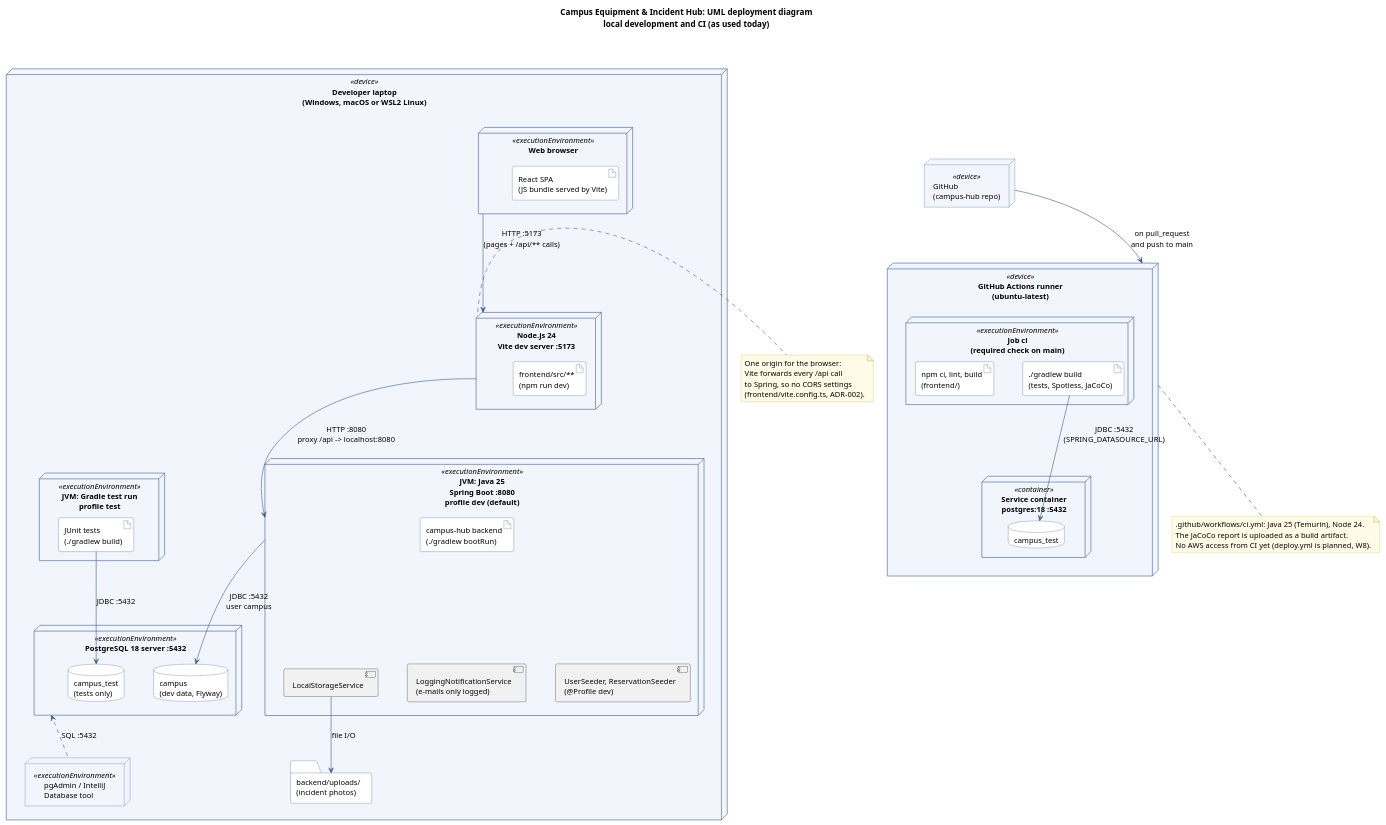
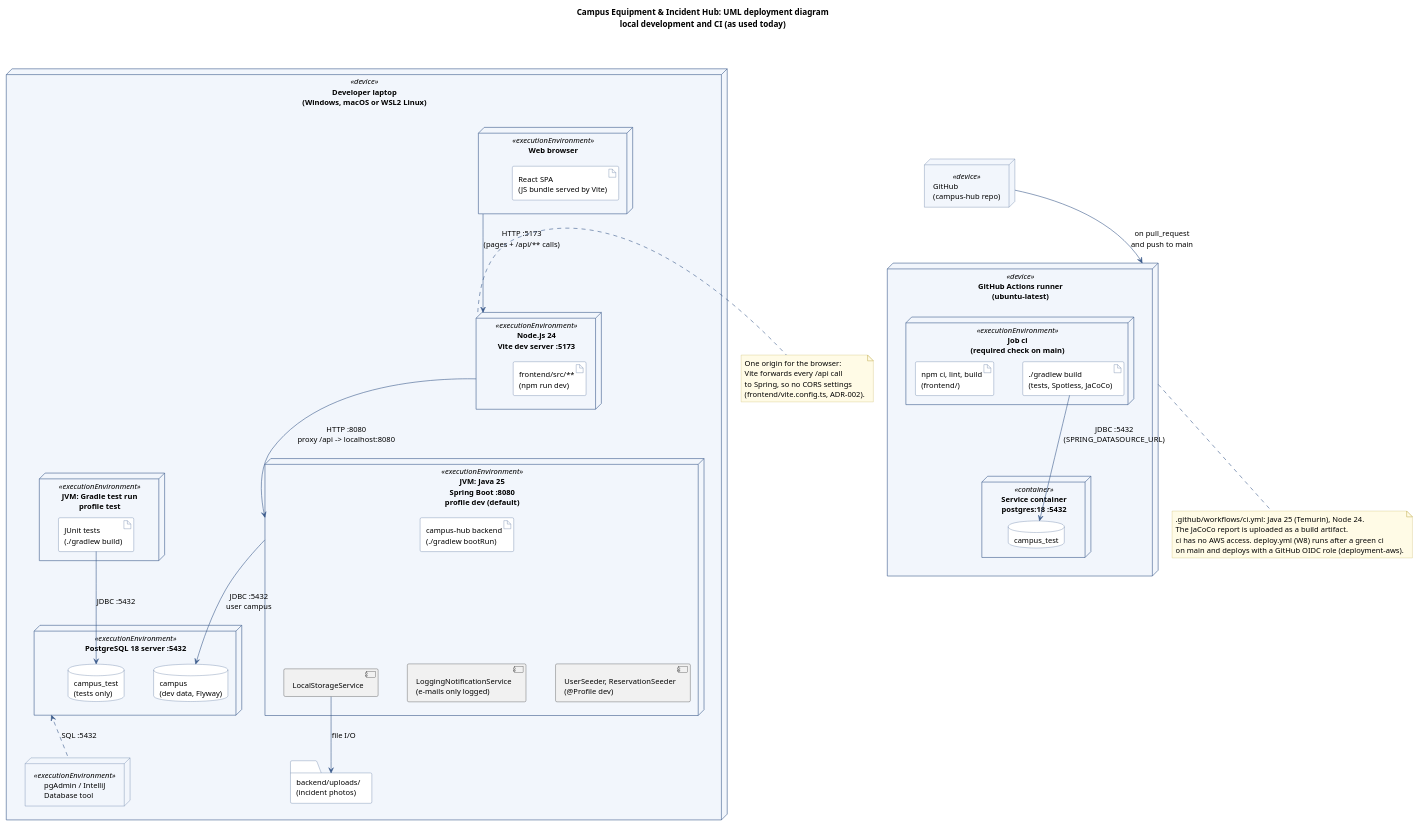
Before and after one commit to FundamenteleInginerieiSoftware/campus-hub: the diagram in docs/diagrams/deployment-local.puml, drawn with PlantUML. The commit also changed 11 other files, not shown here.

First line of the commit message:
infra(aws): add deploy.yml with GitHub OIDC role for ECR push and SSM deploy (#320)

```diff
--- a/docs/diagrams/deployment-local.puml
+++ b/docs/diagrams/deployment-local.puml
@@ -1,107 +1,108 @@
 @startuml deployment-local
 ' UML deployment diagram: how the app runs on a developer laptop and in CI.
 ' Sources: frontend/vite.config.ts, backend/src/main/resources/application*.yml,
 ' backend/src/test/resources/application-test.yml, .github/workflows/ci.yml, README §1.
 ' Render from the repo root: java -jar plantuml.jar -tpng docs/diagrams/deployment-local.puml
 
 title Campus Equipment & Incident Hub: UML deployment diagram\nlocal development and CI (as used today)
 
 skinparam shadowing false
 skinparam defaultFontName Helvetica
 skinparam defaultFontSize 13
 skinparam nodesep 50
 skinparam ranksep 60
 skinparam ArrowColor #3B5B8C
 skinparam node {
   BackgroundColor #F2F6FC
   BorderColor #3B5B8C
 }
 skinparam artifact {
   BackgroundColor #FFFFFF
   BorderColor #3B5B8C
 }
 skinparam database {
   BackgroundColor #FFFFFF
   BorderColor #3B5B8C
 }
 skinparam folder {
   BackgroundColor #FFFFFF
   BorderColor #3B5B8C
 }
 skinparam note {
   BackgroundColor #FFFBE6
   BorderColor #C8B560
 }
 
 node "Developer laptop\n(Windows, macOS or WSL2 Linux)" as laptop <<device>> {
 
   node "Web browser" as browser <<executionEnvironment>> {
     artifact "React SPA\n(JS bundle served by Vite)" as spa
   }
 
   node "Node.js 24\nVite dev server :5173" as vite <<executionEnvironment>> {
     artifact "frontend/src/**\n(npm run dev)" as fesrc
   }
 
   node "JVM: Java 25\nSpring Boot :8080\nprofile dev (default)" as jvm <<executionEnvironment>> {
     artifact "campus-hub backend\n(./gradlew bootRun)" as boot
     component "LocalStorageService" as lss
     component "LoggingNotificationService\n(e-mails only logged)" as lns
     component "UserSeeder, ReservationSeeder\n(@Profile dev)" as seed
   }
 
   node "JVM: Gradle test run\nprofile test" as gtest <<executionEnvironment>> {
     artifact "JUnit tests\n(./gradlew build)" as tests
   }
 
   folder "backend/uploads/\n(incident photos)" as uploads
 
   node "PostgreSQL 18 server :5432" as pg <<executionEnvironment>> {
     database "campus\n(dev data, Flyway)" as dbdev
     database "campus_test\n(tests only)" as dbtest
   }
 
   node "pgAdmin / IntelliJ\nDatabase tool" as pgadmin <<executionEnvironment>>
 }
 
 browser -down-> vite : HTTP :5173\n(pages + /api/** calls)
 vite -down-> jvm : HTTP :8080\nproxy /api -> localhost:8080
 jvm -down-> dbdev : JDBC :5432\nuser campus
 lss -down-> uploads : file I/O
 boot -[hidden]down- lss
 boot -[hidden]down- lns
 boot -[hidden]down- seed
 pgadmin .up.> pg : SQL :5432
 tests -down-> dbtest : JDBC :5432
 
 note right of vite
   One origin for the browser:
   Vite forwards every /api call
   to Spring, so no CORS settings
   (frontend/vite.config.ts, ADR-002).
 end note
 
 node "GitHub Actions runner\n(ubuntu-latest)" as runner <<device>> {
   node "Job ci\n(required check on main)" as job <<executionEnvironment>> {
     artifact "./gradlew build\n(tests, Spotless, JaCoCo)" as gbuild
     artifact "npm ci, lint, build\n(frontend/)" as npmbuild
   }
   node "Service container\npostgres:18 :5432" as svc <<container>> {
     database "campus_test" as cidb
   }
 }
 
 gbuild -down-> cidb : JDBC :5432\n(SPRING_DATASOURCE_URL)
 
 node "GitHub\n(campus-hub repo)" as github <<device>>
 github -down-> runner : on pull_request\nand push to main
 
 laptop -[hidden]right- github
 
 note bottom of runner
   .github/workflows/ci.yml: Java 25 (Temurin), Node 24.
   The JaCoCo report is uploaded as a build artifact.
-  No AWS access from CI yet (deploy.yml is planned, W8).
+  ci has no AWS access. deploy.yml (W8) runs after a green ci
+  on main and deploys with a GitHub OIDC role (deployment-aws).
 end note
 
 @enduml
```
